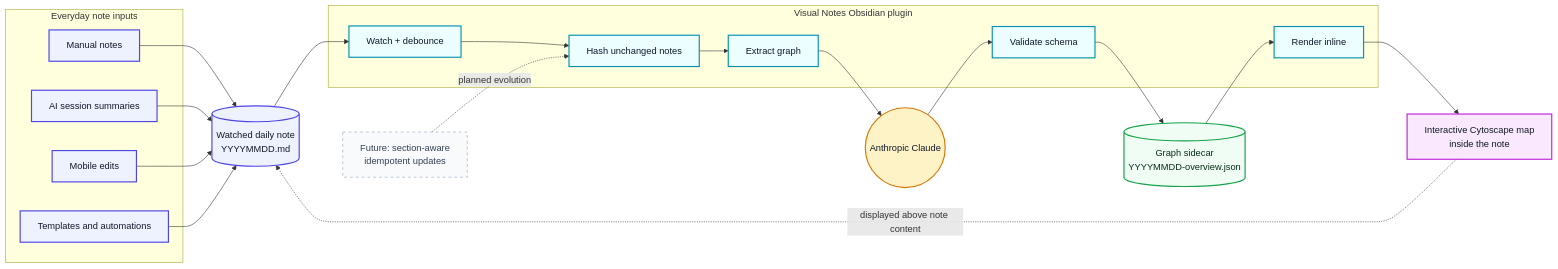
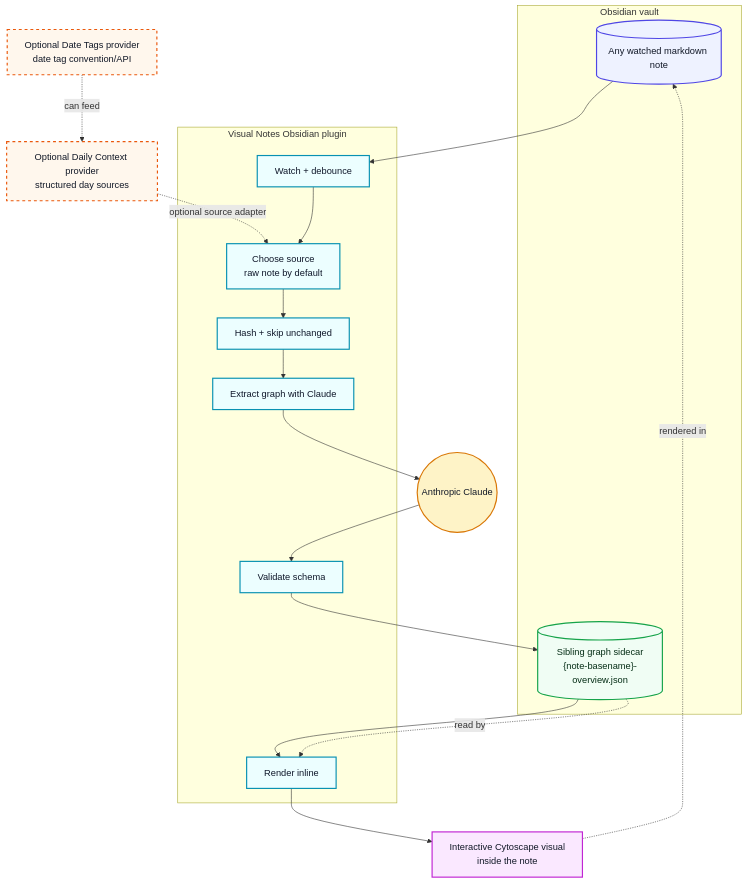
The first of 3 diagrams in README.md (bobthearsonist/visual-notes), drawn with Mermaid before and after one commit. The commit also changed other lines of this file and 13 other files, not shown here.

First line of the commit message:
wip(obsidian): visual-notes code block + anthropic helper extraction

````diff
--- a/README.md
+++ b/README.md
@@ -27,47 +27,43 @@
 ```mermaid
-flowchart LR
+flowchart TB
     classDef input fill:#eef2ff,stroke:#4f46e5,stroke-width:2px,color:#111827
     classDef plugin fill:#ecfeff,stroke:#0891b2,stroke-width:2px,color:#0f172a
     classDef ai fill:#fef3c7,stroke:#d97706,stroke-width:2px,color:#111827
     classDef data fill:#f0fdf4,stroke:#16a34a,stroke-width:2px,color:#052e16
     classDef render fill:#fae8ff,stroke:#c026d3,stroke-width:2px,color:#111827
-    classDef future fill:#f8fafc,stroke:#94a3b8,stroke-width:1px,stroke-dasharray: 5,5,color:#334155
+    classDef optional fill:#fff7ed,stroke:#ea580c,stroke-width:2px,stroke-dasharray: 5,5,color:#111827
 
-    subgraph Sources["Everyday note inputs"]
-        Manual["Manual notes"]
-        Sessions["AI session summaries"]
-        Mobile["Mobile edits"]
-        Templates["Templates and automations"]
+    subgraph Vault["Obsidian vault"]
+        Note[("Any watched markdown note")]
+        Sidecar[("Sibling graph sidecar<br/>{note-basename}-overview.json")]
     end
-
-    Note[("Watched daily note<br/>YYYYMMDD.md")]
 
     subgraph Plugin["Visual Notes Obsidian plugin"]
         Watch["Watch + debounce"]
-        Hash["Hash unchanged notes"]
-        Extract["Extract graph"]
+        Source["Choose source<br/>raw note by default"]
+        Hash["Hash + skip unchanged"]
+        Extract["Extract graph with Claude"]
         Validate["Validate schema"]
         Render["Render inline"]
     end
 
+    DailyContext["Optional Daily Context provider<br/>structured day sources"]
+    DateTags["Optional Date Tags provider<br/>date tag convention/API"]
     Claude(("Anthropic Claude"))
-    Sidecar[("Graph sidecar<br/>YYYYMMDD-overview.json")]
-    Pane["Interactive Cytoscape map<br/>inside the note"]
-    Future["Future: section-aware<br/>idempotent updates"]
+    Pane["Interactive Cytoscape visual<br/>inside the note"]
 
-    Manual --> Note
-    Sessions --> Note
-    Mobile --> Note
-    Templates --> Note
-    Note --> Watch --> Hash --> Extract --> Claude
+    Note --> Watch
+    DateTags -. can feed .-> DailyContext
+    DailyContext -. optional source adapter .-> Source
+    Watch --> Source --> Hash --> Extract --> Claude
     Claude --> Validate --> Sidecar --> Render --> Pane
-    Pane -. displayed above note content .-> Note
-    Future -. planned evolution .-> Hash
+    Sidecar -. read by .-> Render
+    Pane -. rendered in .-> Note
 
-    class Manual,Sessions,Mobile,Templates,Note input
-    class Watch,Hash,Extract,Validate,Render plugin
+    class Note input
+    class Watch,Source,Hash,Extract,Validate,Render plugin
     class Claude ai
     class Sidecar data
     class Pane render
-    class Future future
+    class DateTags,DailyContext optional
 ```
````
